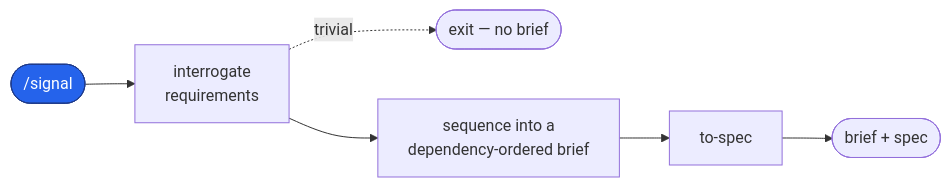
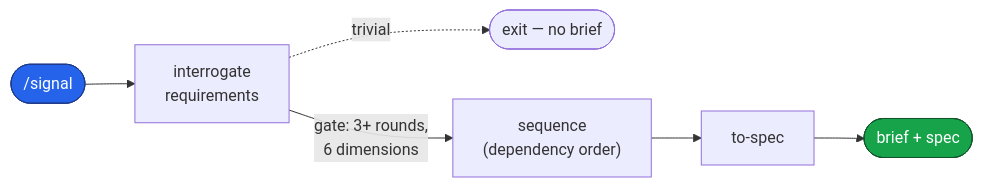
Before and after one commit to dashworthy/engineering: the second of 5 diagrams in README.md, drawn with Mermaid. The commit also changed other lines of this file, not shown here.

````diff
--- a/README.md
+++ b/README.md
@@ -42,9 +59,11 @@
 ```mermaid
 flowchart LR
     classDef entry fill:#2563eb,stroke:#1e3a8a,color:#fff
+    classDef done fill:#16a34a,stroke:#14532d,color:#fff
+
     S(["/signal"]):::entry --> S1["interrogate<br/>requirements"]
-    S1 -. trivial .-> X(["exit — no brief"])
-    S1 --> S2["sequence into a<br/>dependency-ordered brief"]
+    S1 -. "trivial" .-> X(["exit — no brief"])
+    S1 -->|"gate: 3+ rounds,<br/>6 dimensions"| S2["sequence<br/>(dependency order)"]
     S2 --> SP["to-spec"]
-    SP --> STOP(["brief + spec"])
+    SP --> STOP(["brief + spec"]):::done
 ```
````
